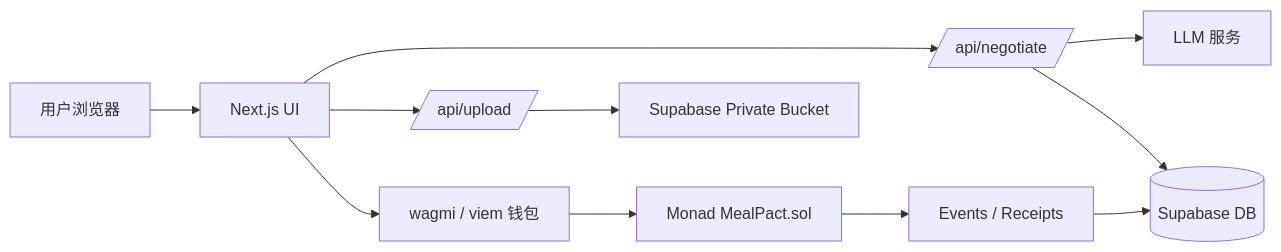
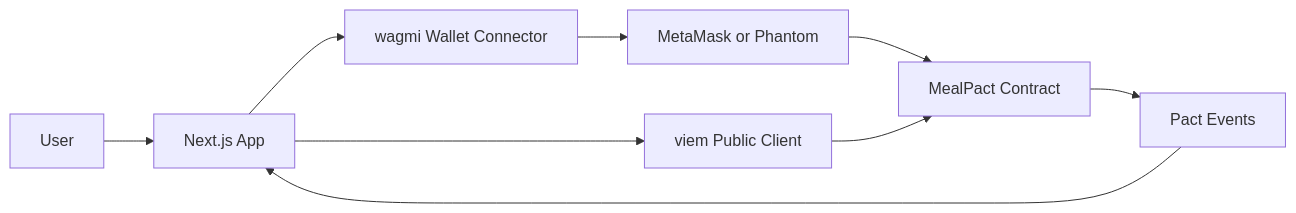
Before and after one commit to OpenSource-DreamFactory/LaterMe: the diagram in README.md, drawn with Mermaid. The commit also changed other lines of this file and 111 other files, not shown here.

First line of the commit message:
Add Monad hackathon MVP with 1-second Meal Pact demo.

````diff
--- a/README.md
+++ b/README.md
@@ -131,13 +56,11 @@
 ```mermaid
 flowchart LR
-    U[用户浏览器] --> UI[Next.js UI]
-    UI --> NEG[/api/negotiate/]
-    NEG --> LLM[LLM 服务]
-    UI --> WALLET[wagmi / viem 钱包]
-    WALLET --> C[Monad MealPact.sol]
-    C --> E[Events / Receipts]
-    UI --> UP[/api/upload/]
-    UP --> S[Supabase Private Bucket]
-    NEG --> DB[(Supabase DB)]
-    E --> DB
+    U[User] --> UI[Next.js App]
+    UI --> W[wagmi Wallet Connector]
+    W --> M[MetaMask or Phantom]
+    UI --> V[viem Public Client]
+    M --> C[MealPact Contract]
+    V --> C
+    C --> E[Pact Events]
+    E --> UI
 ```
````
